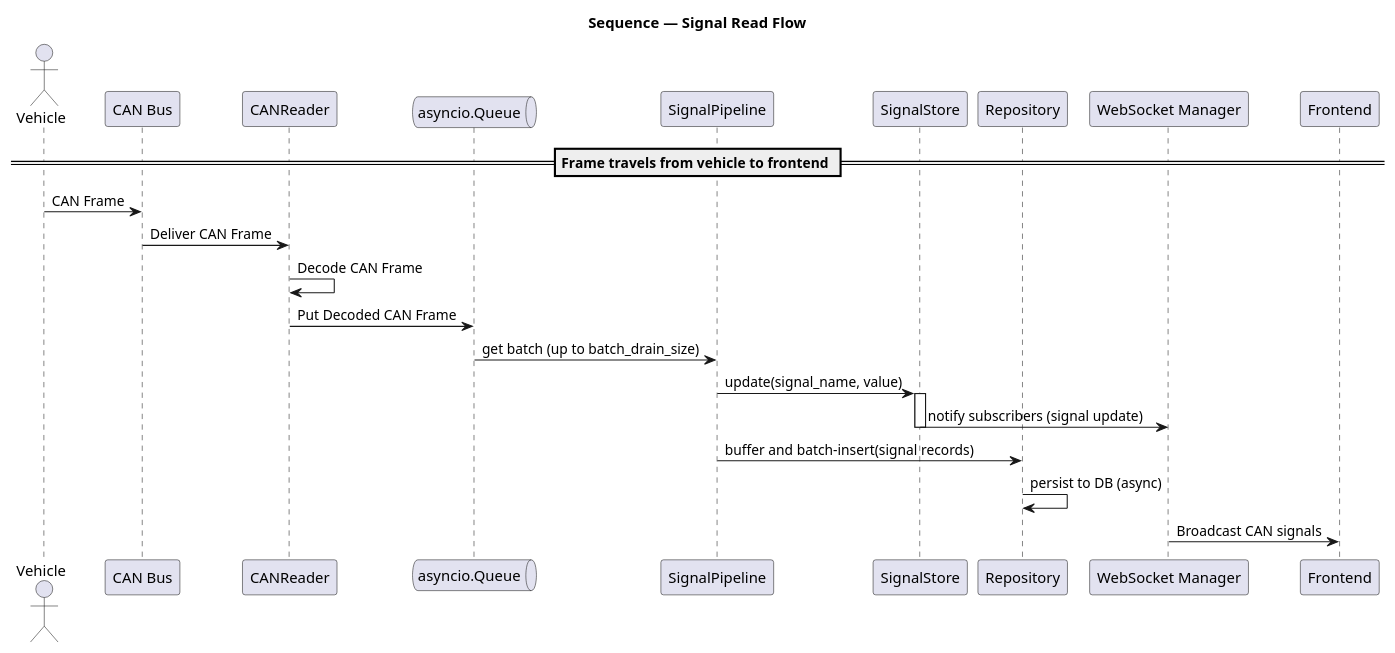
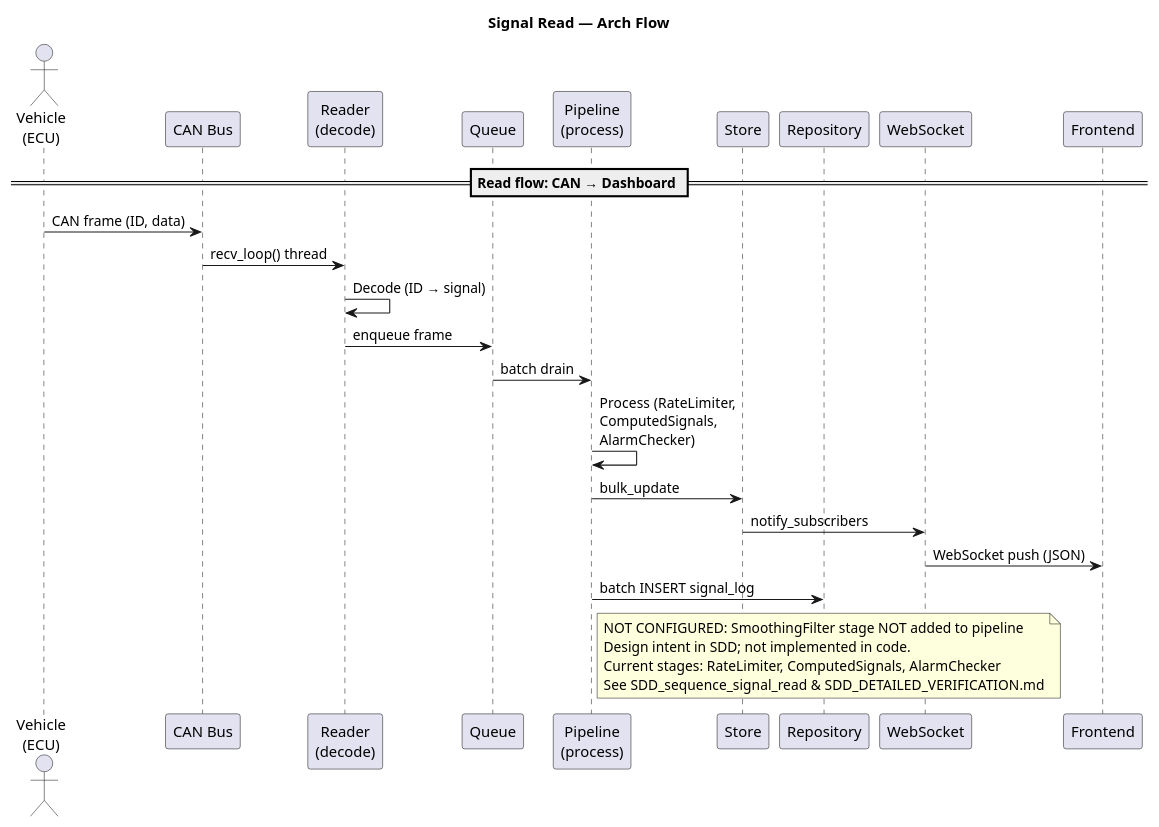
The diagram in diagram/SAD/SAD_sequence_signal_read.puml (3tdn/car-hmi), drawn with PlantUML before and after one commit. The commit also changed 9 other files, not shown here.

Commit message:
update SAD and SDD sequence diagrams (part 2)

```diff
--- a/diagram/SAD/SAD_sequence_signal_read.puml
+++ b/diagram/SAD/SAD_sequence_signal_read.puml
@@ -1,33 +1,34 @@
 @startuml
-title Sequence — Signal Read Flow
+title Signal Read — Arch Flow
 
-actor Vehicle
-participant "CAN Bus" as CANBus
-participant "CANReader" as CANReader
-queue "asyncio.Queue" as Queue
-participant "SignalPipeline" as Pipeline
-participant "SignalStore" as Store
+actor "Vehicle\n(ECU)" as Vehicle
+participant "CAN Bus" as Bus
+participant "Reader\n(decode)" as Reader
+participant "Queue" as Queue
+participant "Pipeline\n(process)" as Pipeline
+participant "Store" as Store
 participant "Repository" as Repo
-participant "WebSocket Manager" as WS
-participant Frontend
+participant "WebSocket" as WS
+participant "Frontend" as Frontend
 
-== Frame travels from vehicle to frontend ==
-Vehicle -> CANBus : CAN Frame
-CANBus -> CANReader : Deliver CAN Frame
+== Read flow: CAN → Dashboard ==
+Vehicle -> Bus : CAN frame (ID, data)
+Bus -> Reader : recv_loop() thread
+Reader -> Reader : Decode (ID → signal)
+Reader -> Queue : enqueue frame
+Queue -> Pipeline : batch drain
+Pipeline -> Pipeline : Process (RateLimiter,\nComputedSignals,\nAlarmChecker)
+Pipeline -> Store : bulk_update
+Store -> WS : notify_subscribers
+WS -> Frontend : WebSocket push (JSON)
 
-CANReader -> CANReader : Decode CAN Frame
-CANReader -> Queue : Put Decoded CAN Frame
+Pipeline -> Repo : batch INSERT signal_log
 
-Queue -> Pipeline : get batch (up to batch_drain_size)
-Pipeline -> Store : update(signal_name, value)
-
-activate Store
-Store -> WS : notify subscribers (signal update)
-deactivate Store
-
-Pipeline -> Repo : buffer and batch-insert(signal records)
-Repo -> Repo : persist to DB (async)
-
-WS -> Frontend : Broadcast CAN signals
+note right of Pipeline
+  NOT CONFIGURED: SmoothingFilter stage NOT added to pipeline
+  Design intent in SDD; not implemented in code.
+  Current stages: RateLimiter, ComputedSignals, AlarmChecker
+  See SDD_sequence_signal_read & SDD_DETAILED_VERIFICATION.md
+end note
 
 @enduml
```
